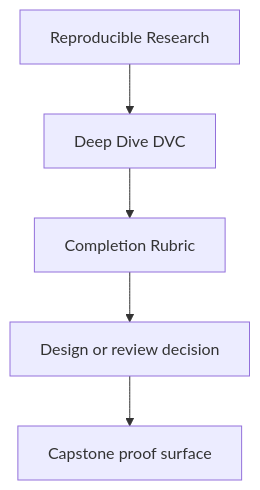
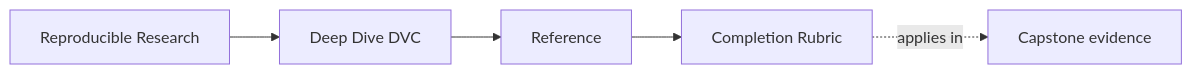
Before and after one commit to bijux/bijux-masterclass: the first of 2 diagrams in programs/reproducible-research/deep-dive-dvc/course-book/reference/completion-rubric.md, drawn with Mermaid. The commit also changed other lines of this file and 90 other files, not shown here.

Commit message:
docs(deep-dive-dvc): map publication and recovery review surfaces

````diff
--- a/programs/reproducible-research/deep-dive-dvc/course-book/reference/completion-rubric.md
+++ b/programs/reproducible-research/deep-dive-dvc/course-book/reference/completion-rubric.md
@@ -7,7 +7,11 @@
 ```mermaid
-flowchart TD
-  family["Reproducible Research"] --> program["Deep Dive DVC"]
-  program --> reference["Completion Rubric"]
-  reference --> review["Design or review decision"]
-  review --> capstone["Capstone proof surface"]
+graph LR
+  family["Reproducible Research"]
+  program["Deep Dive DVC"]
+  section["Reference"]
+  page["Completion Rubric"]
+  capstone["Capstone evidence"]
+
+  family --> program --> section --> page
+  page -.applies in.-> capstone
 ```
````
